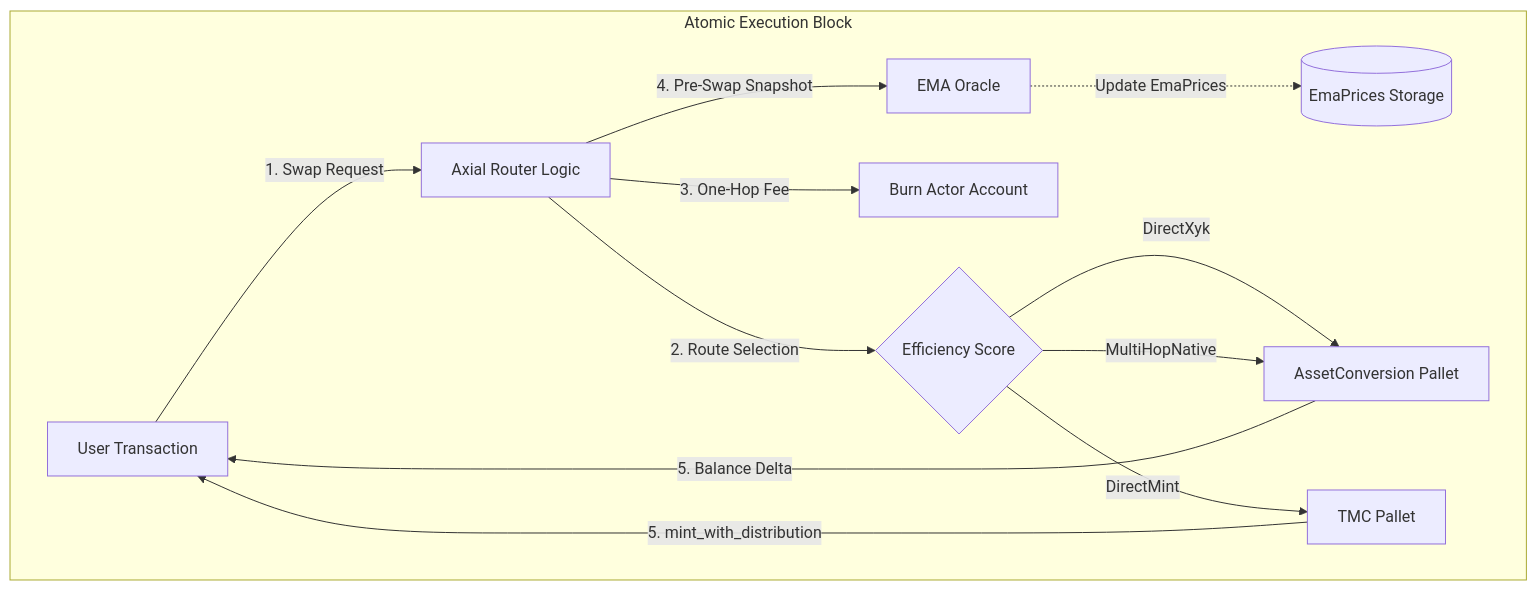
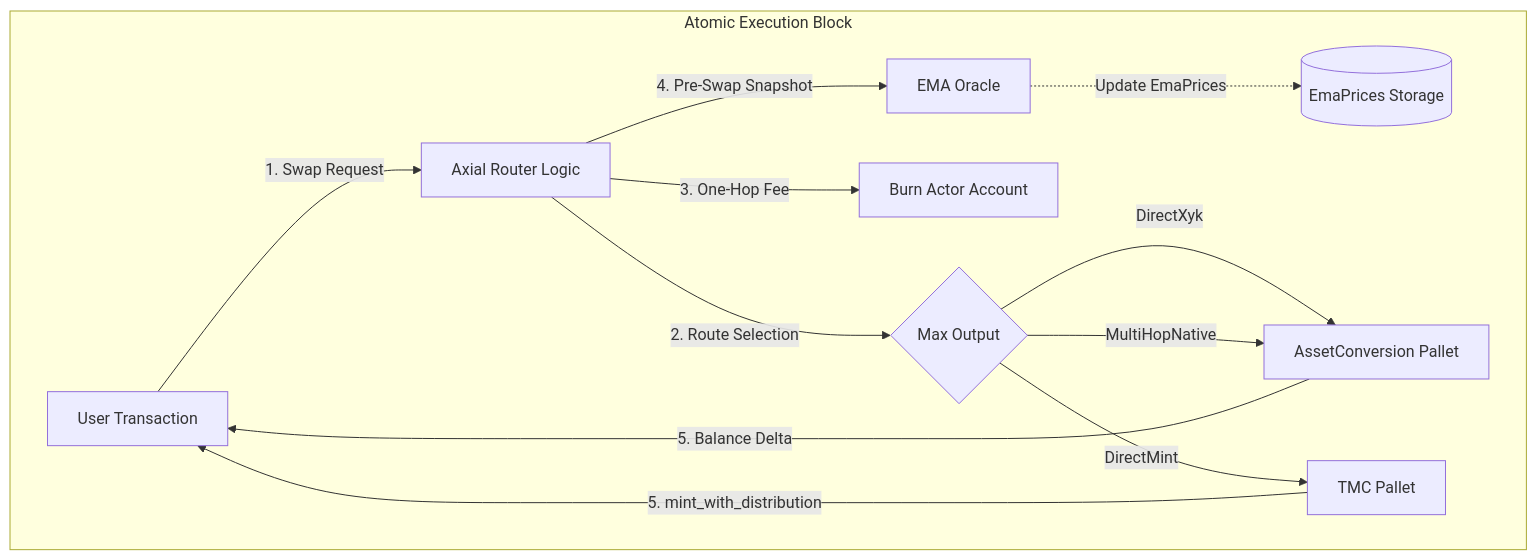
The diagram in docs/axial-router.architecture.en.md (atmo-network/deos), drawn with Mermaid before and after one commit. The commit also changed other lines of this file and 24 other files, not shown here.

````diff
--- a/docs/axial-router.architecture.en.md
+++ b/docs/axial-router.architecture.en.md
@@ -26,20 +26,20 @@
 ```mermaid
 graph TD
     User[User Transaction] -->|1. Swap Request| Router[Axial Router Logic]
 
     subgraph "Atomic Execution Block"
 
-    Router -->|2. Route Selection| Decision{Efficiency Score}
+    Router -->|2. Route Selection| Decision{Max Output}
     Router -->|3. One-Hop Fee| BurnActor[Burn Actor Account]
     Router -->|4. Pre-Swap Snapshot| Oracle[EMA Oracle]
     Oracle -.->|Update EmaPrices| OracleStorage[(EmaPrices Storage)]
 
     Decision -->|DirectXyk| XYK[AssetConversion Pallet]
     Decision -->|DirectMint| TMC[TMC Pallet]
     Decision -->|MultiHopNative| XYK
 
     XYK -->|5. Balance Delta| User
     TMC -->|5. mint_with_distribution| User
 
     end
 ```
````
